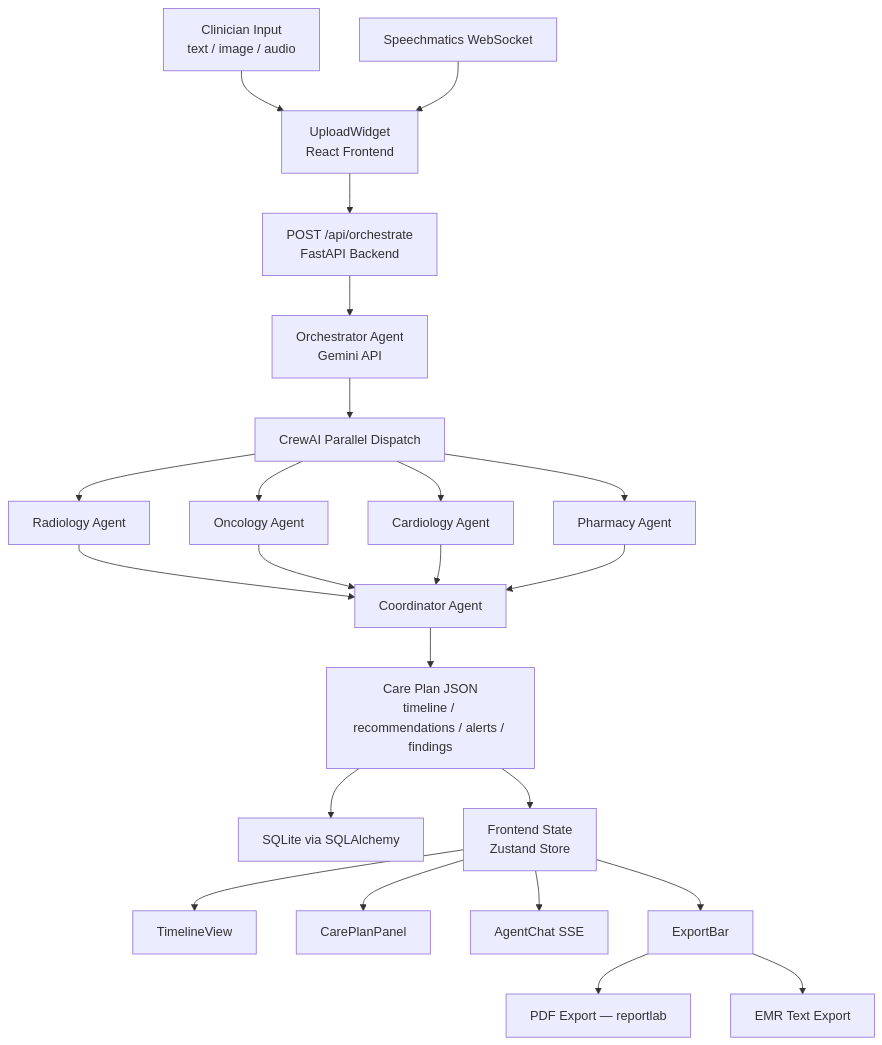
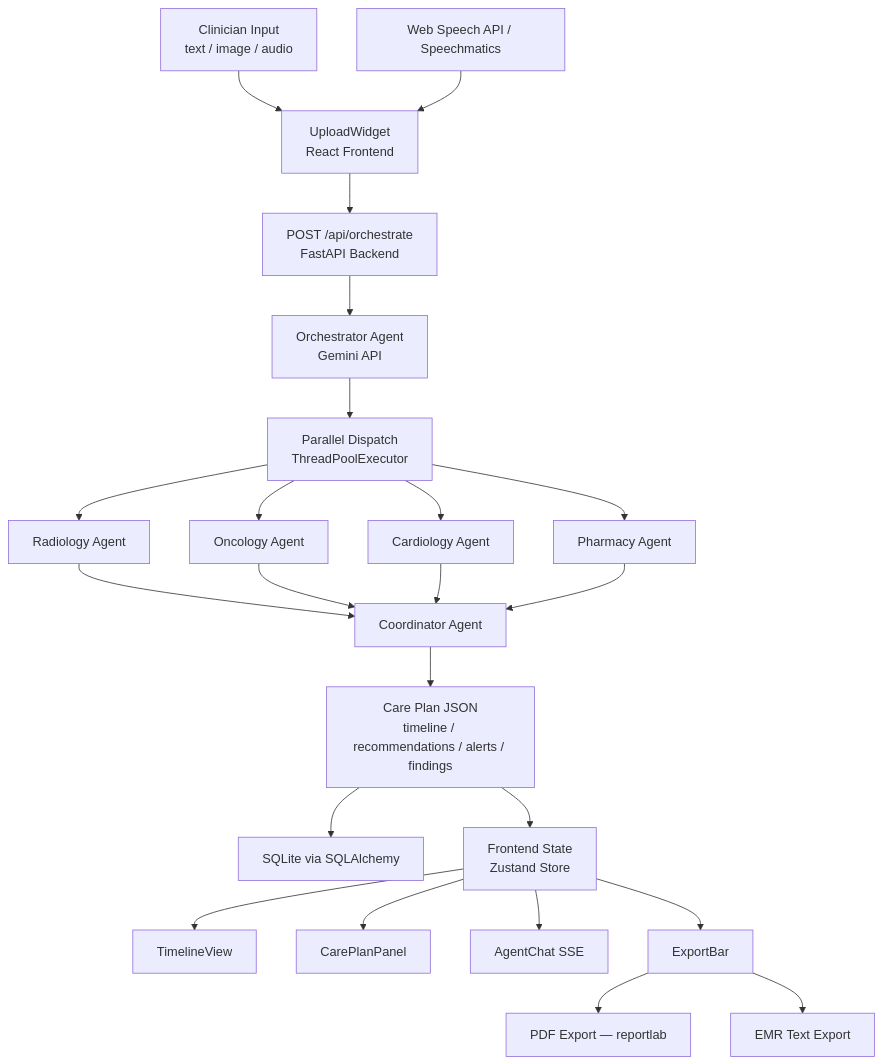
The diagram in README.md (HiImSunny/careflow), drawn with Mermaid before and after one commit. The commit also changed other lines of this file, not shown here.

Commit message:
docs: update README with live demo link, fix model name, clean up API docs for 202 flow

````diff
--- a/README.md
+++ b/README.md
@@ -26,26 +26,26 @@
 ```mermaid
 graph TD
     A[Clinician Input<br/>text / image / audio] --> B[UploadWidget<br/>React Frontend]
     B --> C[POST /api/orchestrate<br/>FastAPI Backend]
     C --> D[Orchestrator Agent<br/>Gemini API]
-    D --> E[CrewAI Parallel Dispatch]
+    D --> E[Parallel Dispatch<br/>ThreadPoolExecutor]
     E --> F[Radiology Agent]
     E --> G[Oncology Agent]
     E --> H[Cardiology Agent]
     E --> I[Pharmacy Agent]
     F --> J[Coordinator Agent]
     G --> J
     H --> J
     I --> J
     J --> K[Care Plan JSON<br/>timeline / recommendations / alerts / findings]
     K --> L[SQLite via SQLAlchemy]
     K --> M[Frontend State<br/>Zustand Store]
     M --> N[TimelineView]
     M --> O[CarePlanPanel]
     M --> P[AgentChat SSE]
     M --> Q[ExportBar]
 
-    R[Speechmatics WebSocket] --> B
+    R[Web Speech API / Speechmatics] --> B
     Q --> S[PDF Export — reportlab]
     Q --> T[EMR Text Export]
 ```
````
